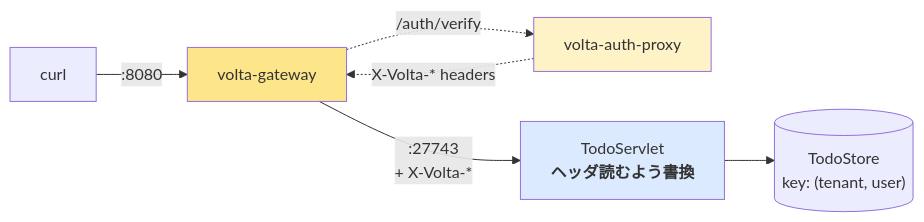
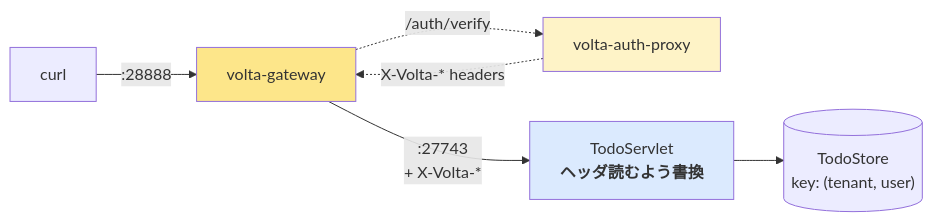
One commit to opaopa6969/auth-integration changed the second of 2 diagrams in 00-現状確認.md. Above: the diagram before and after it, drawn with Mermaid.

Commit message:
docs: align overview gateway port with configuration

````diff
--- a/00-現状確認.md
+++ b/00-現状確認.md
@@ -44,11 +44,11 @@
 ```mermaid
 flowchart LR
-    C[curl] -->|":8080"| GW[volta-gateway]
+    C[curl] -->|":28888"| GW[volta-gateway]
     GW -.->|"/auth/verify"| AP[volta-auth-proxy]
     AP -.->|"X-Volta-* headers"| GW
     GW -->|":27743<br/>+ X-Volta-*"| S[TodoServlet<br/><b>ヘッダ読むよう書換</b>]
     S --> ST[("TodoStore<br/>key: (tenant, user)")]
     style GW fill:#fde68a
     style AP fill:#fef3c7
     style S fill:#dbeafe
 ```
````
